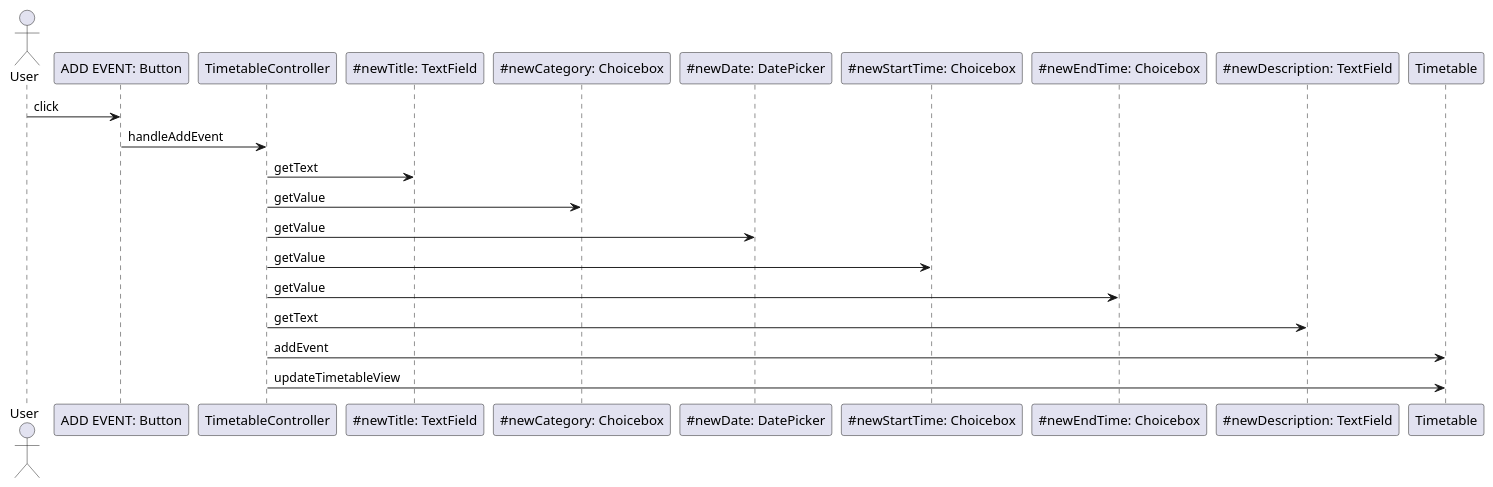
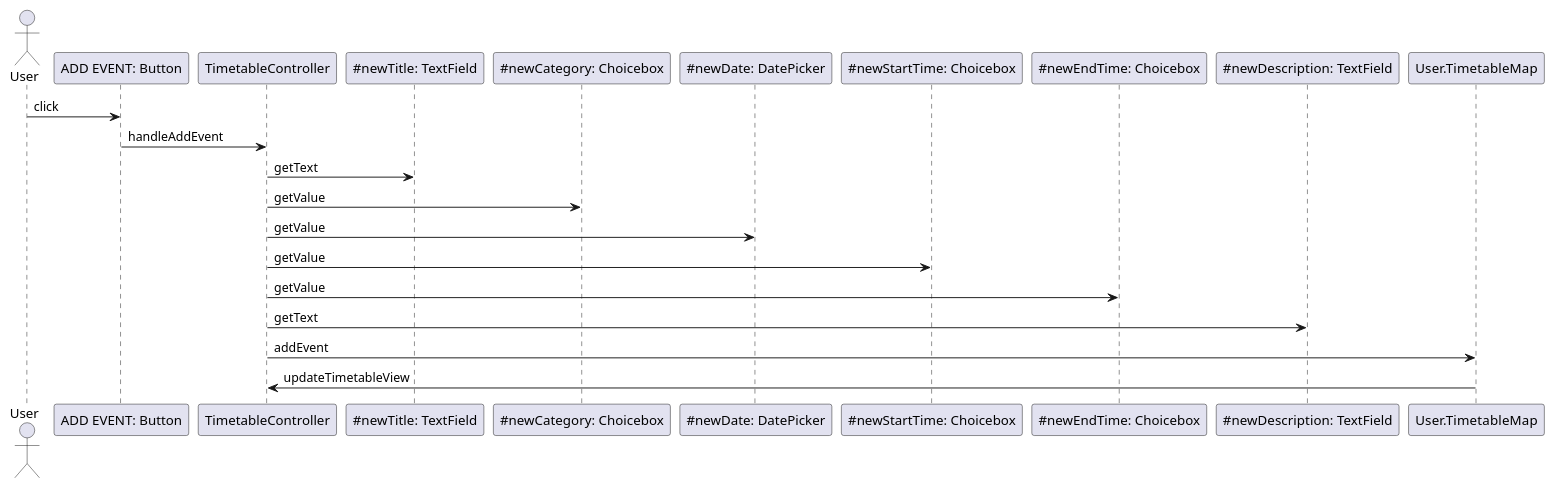
Before and after one commit to Aelxnadre72/timetable: the diagram in timetable/fxui/src/main/java/timetable/sequence.puml, drawn with PlantUML. The commit also changed 11 other files, not shown here.

```diff
--- a/timetable/fxui/src/main/java/timetable/sequence.puml
+++ b/timetable/fxui/src/main/java/timetable/sequence.puml
@@ -1,14 +1,15 @@
 @startuml
 actor User
 User -> "ADD EVENT: Button" as addevent: click
 addevent -> TimetableController: handleAddEvent
 TimetableController -> "~#newTitle: TextField": getText
 TimetableController -> "~#newCategory: Choicebox": getValue
 TimetableController -> "~#newDate: DatePicker": getValue
 TimetableController -> "~#newStartTime: Choicebox": getValue
 TimetableController -> "~#newEndTime: Choicebox": getValue
 TimetableController -> "~#newDescription: TextField": getText
-TimetableController -> "Timetable": addEvent
-TimetableController -> "Timetable": updateTimetableView
+TimetableController -> "User.TimetableMap": addEvent
+User.TimetableMap -> "TimetableController": updateTimetableView
+
 
 @enduml
```
